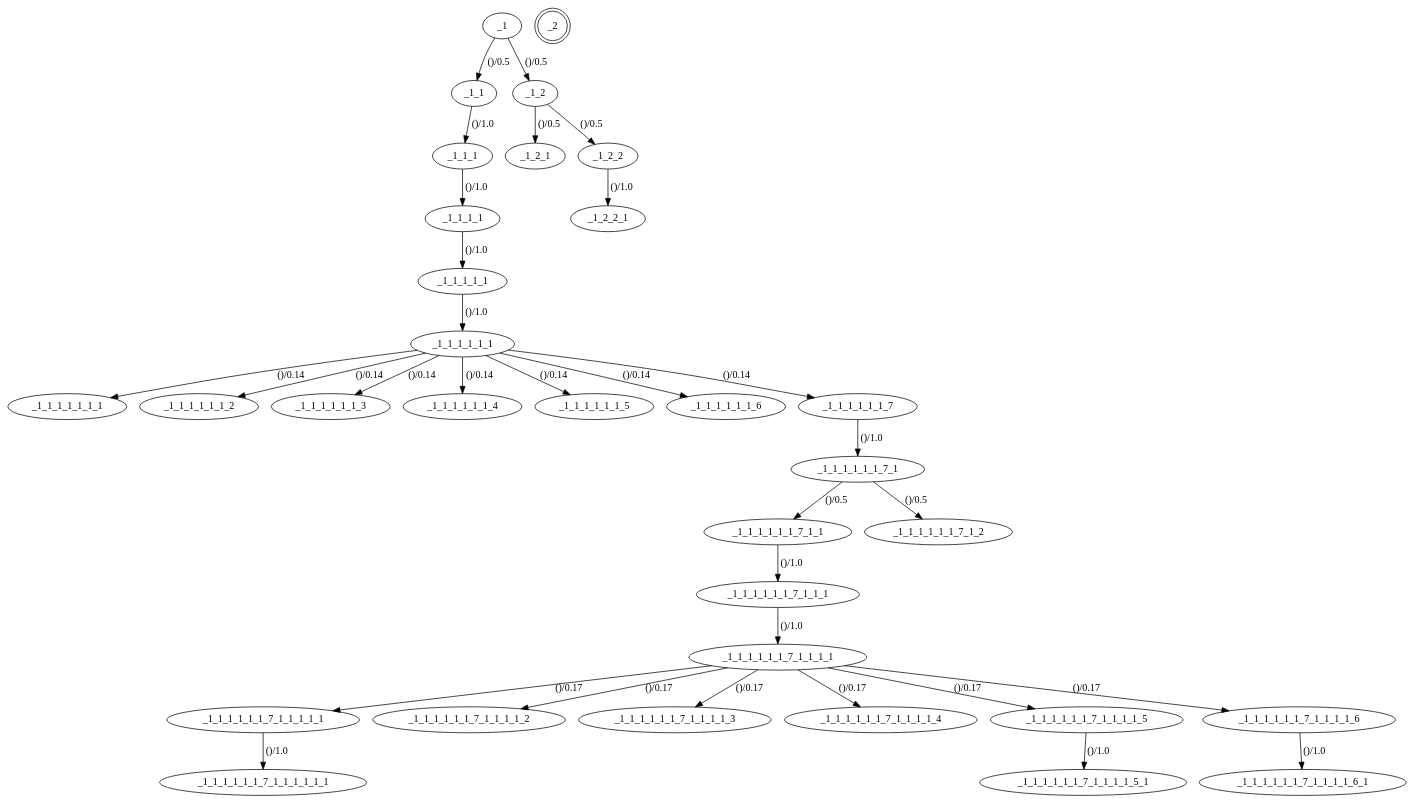
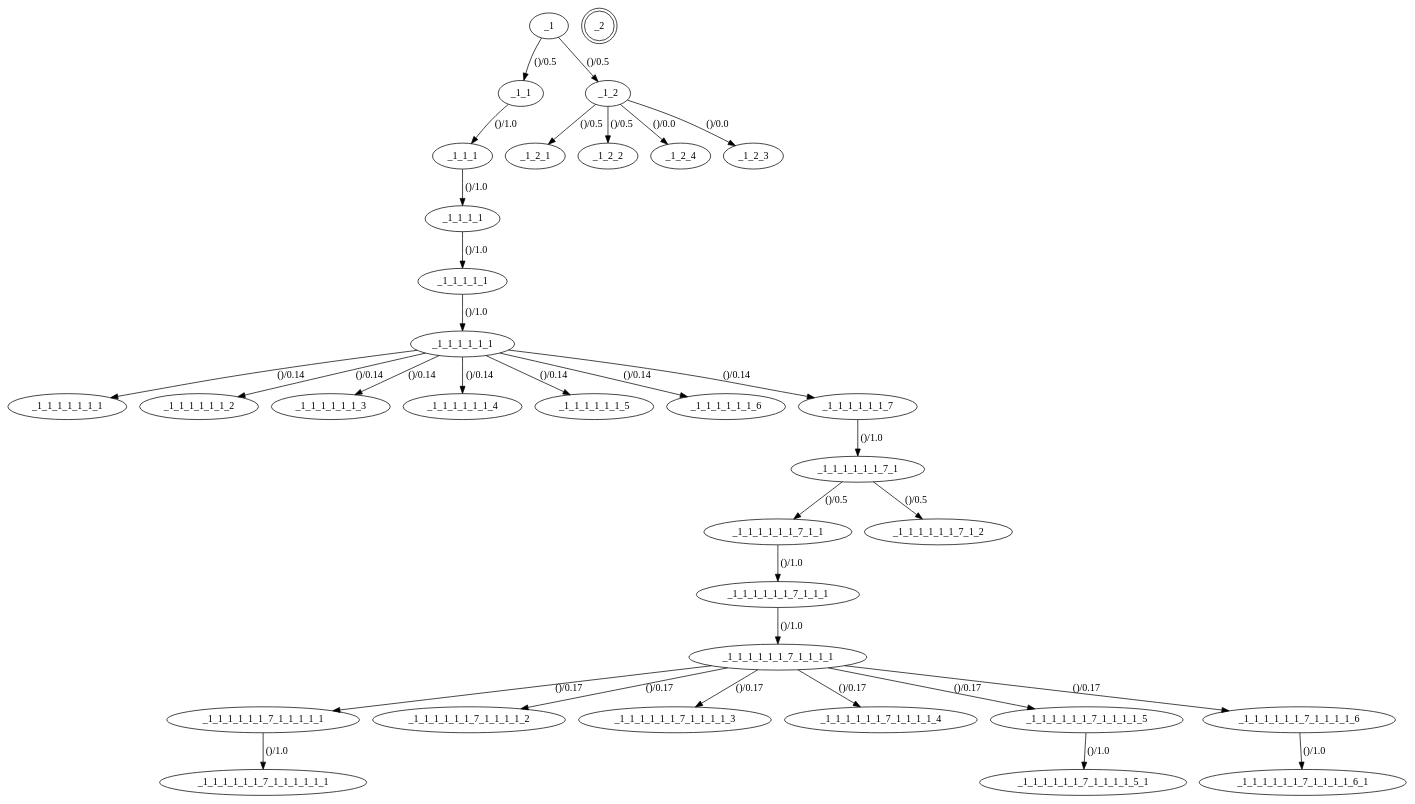
The diagram in qauto_deco/pagemodel/structure.gv (helttu/slideco-tests), drawn with Graphviz before and after one commit. The commit also changed 6 other files, not shown here.

```diff
--- a/qauto_deco/pagemodel/structure.gv
+++ b/qauto_deco/pagemodel/structure.gv
@@ -1,66 +1,68 @@
 digraph default_model {
 //States
 _1
 _1_1_1
 _1_1
 _1_1_1_1
 _1_1_1_1_1
 _1_1_1_1_1_1
 _1_1_1_1_1_1_1
 _1_1_1_1_1_1_2
 _1_1_1_1_1_1_3
 _1_1_1_1_1_1_4
 _1_1_1_1_1_1_5
 _1_1_1_1_1_1_6
 _1_1_1_1_1_1_7
 _1_1_1_1_1_1_7_1
 _1_1_1_1_1_1_7_1_1
 _1_1_1_1_1_1_7_1_1_1
 _1_1_1_1_1_1_7_1_1_1_1
 _1_1_1_1_1_1_7_1_1_1_1_1
 _1_1_1_1_1_1_7_1_1_1_1_2
 _1_1_1_1_1_1_7_1_1_1_1_3
 _1_1_1_1_1_1_7_1_1_1_1_4
 _1_1_1_1_1_1_7_1_1_1_1_5
 _1_1_1_1_1_1_7_1_1_1_1_5_1
 _1_1_1_1_1_1_7_1_2
 _1_2
 _1_2_1
 _1_2_2
 _1_1_1_1_1_1_7_1_1_1_1_1_1
 _1_1_1_1_1_1_7_1_1_1_1_6
 _1_1_1_1_1_1_7_1_1_1_1_6_1
-_1_2_2_1
+_1_2_4
+_1_2_3
 _2[shape = "doublecircle"]
 //Transitions
 _1 -> _1_1[ label = "()/0.5", probability = "0.5", set_guard = "(u'', u'')", check_guard = "(u'', u'')", edge_id = "fc549930-c01f-11e5-bdbc-a94980e8de8d"]
 _1_1 -> _1_1_1[ label = "()/1.0", probability = "1.0", set_guard = "(u'', u'')", check_guard = "(u'', u'')", edge_id = "fe4879ee-c01f-11e5-8b18-a94980e8de8d"]
 _1_1_1 -> _1_1_1_1[ label = "()/1.0", probability = "1.0", set_guard = "(u'', u'')", check_guard = "(u'', u'')", edge_id = "ac323121-c02d-11e5-8503-a94980e8de8d"]
 _1_1_1_1 -> _1_1_1_1_1[ label = "()/1.0", probability = "1.0", set_guard = "(u'', u'')", check_guard = "(u'', u'')", edge_id = "2e873671-c02e-11e5-a260-a94980e8de8d"]
 _1_1_1_1_1 -> _1_1_1_1_1_1[ label = "()/1.0", probability = "1.0", set_guard = "(u'', u'')", check_guard = "(u'', u'')", edge_id = "fa83d631-c032-11e5-aabc-a94980e8de8d"]
 _1_1_1_1_1_1 -> _1_1_1_1_1_1_1[ label = "()/0.14", probability = "0.142857142857", set_guard = "(u'', u'')", check_guard = "(u'', u'')", edge_id = "8bbcdc9f-c038-11e5-88a6-a94980e8de8d"]
 _1_1_1_1_1_1 -> _1_1_1_1_1_1_2[ label = "()/0.14", probability = "0.142857142857", set_guard = "(u'', u'')", check_guard = "(u'', u'')", edge_id = "e2cac7ef-c038-11e5-b7d3-a94980e8de8d"]
 _1_1_1_1_1_1 -> _1_1_1_1_1_1_3[ label = "()/0.14", probability = "0.142857142857", set_guard = "(u'', u'')", check_guard = "(u'', u'')", edge_id = "0b82f9ae-c039-11e5-b3ff-a94980e8de8d"]
 _1_1_1_1_1_1 -> _1_1_1_1_1_1_4[ label = "()/0.14", probability = "0.142857142857", set_guard = "(u'', u'')", check_guard = "(u'', u'')", edge_id = "3bceb6e2-c039-11e5-9122-a94980e8de8d"]
 _1_1_1_1_1_1 -> _1_1_1_1_1_1_5[ label = "()/0.14", probability = "0.142857142857", set_guard = "(u'', u'')", check_guard = "(u'', u'')", edge_id = "fdcfa1a1-c039-11e5-8b14-a94980e8de8d"]
 _1_1_1_1_1_1 -> _1_1_1_1_1_1_6[ label = "()/0.14", probability = "0.142857142857", set_guard = "(u'', u'')", check_guard = "(u'', u'')", edge_id = "ff775e30-c039-11e5-93ba-a94980e8de8d"]
 _1_1_1_1_1_1 -> _1_1_1_1_1_1_7[ label = "()/0.14", probability = "0.142857142857", set_guard = "(u'', u'')", check_guard = "(u'', u'')", edge_id = "01636f5f-c03d-11e5-94c1-a94980e8de8d"]
 _1_1_1_1_1_1_7 -> _1_1_1_1_1_1_7_1[ label = "()/1.0", probability = "1.0", set_guard = "(u'', u'')", check_guard = "(u'', u'')", edge_id = "63c5beb1-c03d-11e5-986f-a94980e8de8d"]
 _1_1_1_1_1_1_7_1 -> _1_1_1_1_1_1_7_1_1[ label = "()/0.5", probability = "0.5", set_guard = "(u'', u'')", check_guard = "(u'', u'')", edge_id = "81ed66c1-c03f-11e5-b923-a94980e8de8d"]
 _1_1_1_1_1_1_7_1_1 -> _1_1_1_1_1_1_7_1_1_1[ label = "()/1.0", probability = "1.0", set_guard = "(u'', u'')", check_guard = "(u'', u'')", edge_id = "80083690-c040-11e5-a873-a94980e8de8d"]
 _1_1_1_1_1_1_7_1_1_1 -> _1_1_1_1_1_1_7_1_1_1_1[ label = "()/1.0", probability = "1.0", set_guard = "(u'', u'')", check_guard = "(u'', u'')", edge_id = "110f70e2-c041-11e5-8143-a94980e8de8d"]
 _1_1_1_1_1_1_7_1_1_1_1 -> _1_1_1_1_1_1_7_1_1_1_1_1[ label = "()/0.17", probability = "0.166666666667", set_guard = "(u'', u'')", check_guard = "(u'', u'')", edge_id = "cb99f522-c041-11e5-8451-a94980e8de8d"]
 _1_1_1_1_1_1_7_1_1_1_1 -> _1_1_1_1_1_1_7_1_1_1_1_2[ label = "()/0.17", probability = "0.166666666667", set_guard = "(u'', u'')", check_guard = "(u'', u'')", edge_id = "018954a1-c042-11e5-88d0-a94980e8de8d"]
 _1_1_1_1_1_1_7_1_1_1_1 -> _1_1_1_1_1_1_7_1_1_1_1_3[ label = "()/0.17", probability = "0.166666666667", set_guard = "(u'', u'')", check_guard = "(u'', u'')", edge_id = "2f99eede-c042-11e5-a975-a94980e8de8d"]
 _1_1_1_1_1_1_7_1_1_1_1 -> _1_1_1_1_1_1_7_1_1_1_1_4[ label = "()/0.17", probability = "0.166666666667", set_guard = "(u'', u'')", check_guard = "(u'', u'')", edge_id = "59dcb841-c042-11e5-a3d8-a94980e8de8d"]
 _1_1_1_1_1_1_7_1_1_1_1 -> _1_1_1_1_1_1_7_1_1_1_1_5[ label = "()/0.17", probability = "0.166666666667", set_guard = "(u'', u'')", check_guard = "(u'', u'')", edge_id = "9ddb07e2-c042-11e5-a824-a94980e8de8d"]
 _1_1_1_1_1_1_7_1_1_1_1_5 -> _1_1_1_1_1_1_7_1_1_1_1_5_1[ label = "()/1.0", probability = "1.0", set_guard = "(u'', u'')", check_guard = "(u'', u'')", edge_id = "a6ca075e-c0c0-11e5-bbbb-a94980e8de8d"]
 _1_1_1_1_1_1_7_1 -> _1_1_1_1_1_1_7_1_2[ label = "()/0.5", probability = "0.5", set_guard = "(u'', u'')", check_guard = "(u'', u'')", edge_id = "90f4aa10-c0c2-11e5-9162-a94980e8de8d"]
 _1_2 -> _1_2_1[ label = "()/0.5", probability = "0.5", set_guard = "(u'', u'')", check_guard = "(u'', u'')", edge_id = "b18e8770-c5a2-11e5-922c-2c600cd4c6d7"]
 _1_1_1_1_1_1_7_1_1_1_1_1 -> _1_1_1_1_1_1_7_1_1_1_1_1_1[ label = "()/1.0", probability = "1.0", set_guard = "(u'', u'')", check_guard = "(u'', u'')", edge_id = "2f5d7d41-c8b5-11e5-b5b1-00247e035201"]
 _1_1_1_1_1_1_7_1_1_1_1 -> _1_1_1_1_1_1_7_1_1_1_1_6[ label = "()/0.17", probability = "0.166666666667", set_guard = "(u'', u'')", check_guard = "(u'', u'')", edge_id = "63b998ef-c8bd-11e5-b359-00247e035201"]
 _1_1_1_1_1_1_7_1_1_1_1_6 -> _1_1_1_1_1_1_7_1_1_1_1_6_1[ label = "()/1.0", probability = "1.0", set_guard = "(u'', u'')", check_guard = "(u'', u'')", edge_id = "b40472c1-c8be-11e5-b9d2-00247e035201"]
 _1 -> _1_2[ label = "()/0.5", probability = "0.5", set_guard = "(u'', u'')", check_guard = "(u'', u'')", edge_id = "d7b9c1e1-c975-11e5-b0eb-a94980e8de8d"]
 _1_2 -> _1_2_2[ label = "()/0.5", probability = "0.5", set_guard = "(u'', u'')", check_guard = "(u'', u'')", edge_id = "dfcd2bb0-c975-11e5-99fe-a94980e8de8d"]
-_1_2_2 -> _1_2_2_1[ label = "()/1.0", probability = "1.0", set_guard = "(u'', u'')", check_guard = "(u'', u'')", edge_id = "0cae42b1-cb4f-11e5-a345-2c600cd4c6d7"]
+_1_2 -> _1_2_3[ label = "()/0.0", probability = "0.0", set_guard = "('', '')", check_guard = "('', '')", edge_id = "452f3561-cc06-11e5-b6e7-2c600cd4c6d7"]
+_1_2 -> _1_2_4[ label = "()/0.0", probability = "0.0", set_guard = "('', '')", check_guard = "('', '')", edge_id = "4f354770-cc06-11e5-a75f-2c600cd4c6d7"]
 }
```
